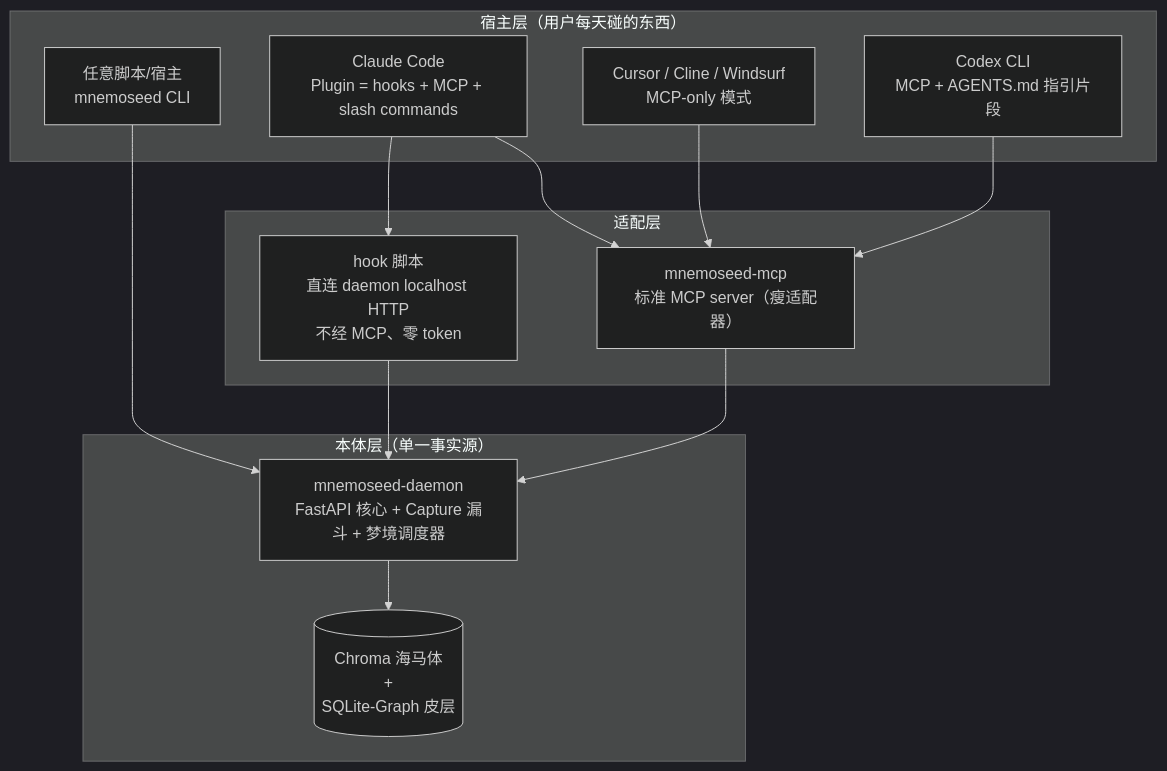
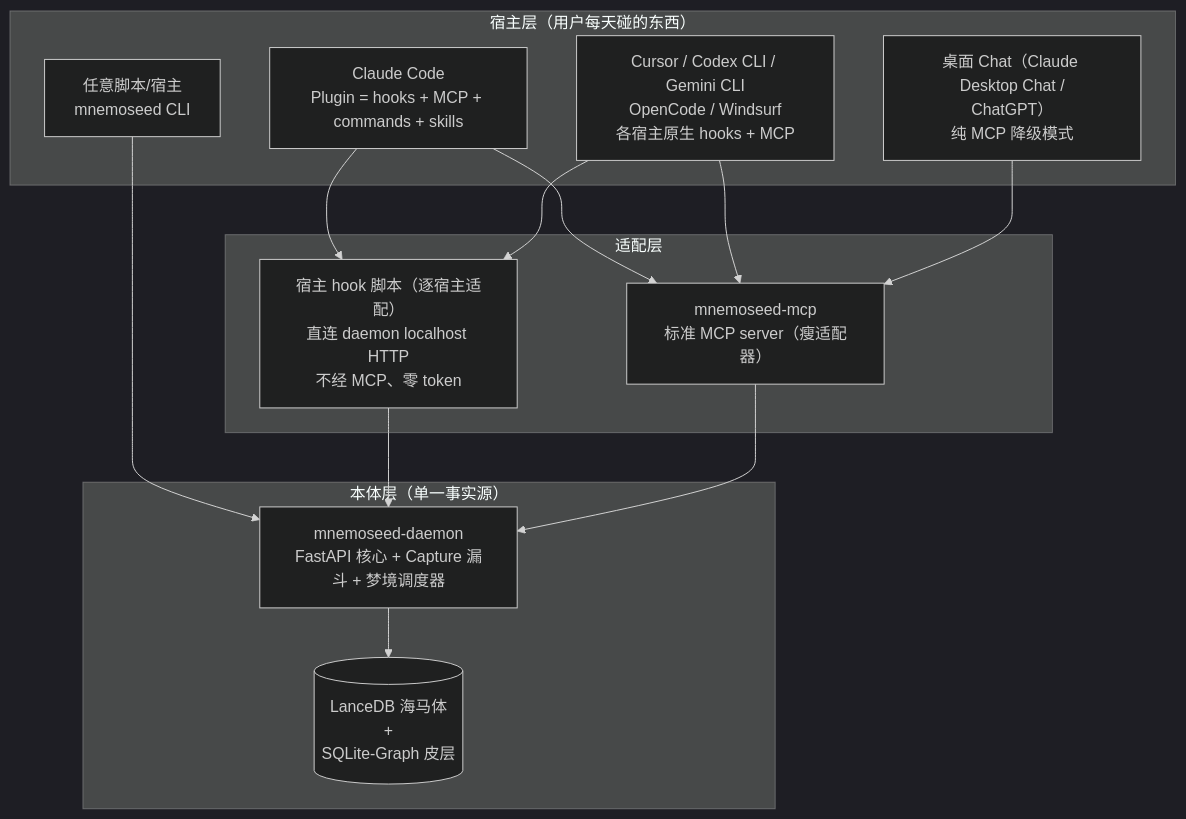
One commit to MnemoSeed/mnemoseed changed the first of 5 diagrams in docs/design/06-接入与安装体验.md. Above: the diagram before and after it, drawn with Mermaid (dark theme). The commit also changed other lines of this file and 2 other files, not shown here.

````diff
--- a/docs/design/06-接入与安装体验.md
+++ b/docs/design/06-接入与安装体验.md
@@ -22,23 +22,24 @@
 ```mermaid
 flowchart TB
     subgraph Hosts["宿主层（用户每天碰的东西）"]
-        CC["Claude Code<br/>Plugin = hooks + MCP + slash commands"]
-        CUR["Cursor / Cline / Windsurf<br/>MCP-only 模式"]
-        CODEX["Codex CLI<br/>MCP + AGENTS.md 指引片段"]
+        CC["Claude Code<br/>Plugin = hooks + MCP + commands + skills"]
+        CUR["Cursor / Codex CLI / Gemini CLI<br/>OpenCode / Windsurf<br/>各宿主原生 hooks + MCP"]
+        DSK["桌面 Chat（Claude Desktop Chat /<br/>ChatGPT）<br/>纯 MCP 降级模式"]
         ANY["任意脚本/宿主<br/>mnemoseed CLI"]
     end
     subgraph L1["适配层"]
         MCP["mnemoseed-mcp<br/>标准 MCP server（瘦适配器）"]
-        HK["hook 脚本<br/>直连 daemon localhost HTTP<br/>不经 MCP、零 token"]
+        HK["宿主 hook 脚本（逐宿主适配）<br/>直连 daemon localhost HTTP<br/>不经 MCP、零 token"]
     end
     subgraph L0["本体层（单一事实源）"]
         D["mnemoseed-daemon<br/>FastAPI 核心 + Capture 漏斗 + 梦境调度器"]
-        DB[("Chroma 海马体<br/>+<br/>SQLite-Graph 皮层")]
+        DB[("LanceDB 海马体<br/>+<br/>SQLite-Graph 皮层")]
     end
     CC --> HK & MCP
-    CUR & CODEX --> MCP
+    CUR --> HK & MCP
+    DSK --> MCP
     ANY --> D
     HK --> D
     MCP --> D
     D --> DB
 ```
````
